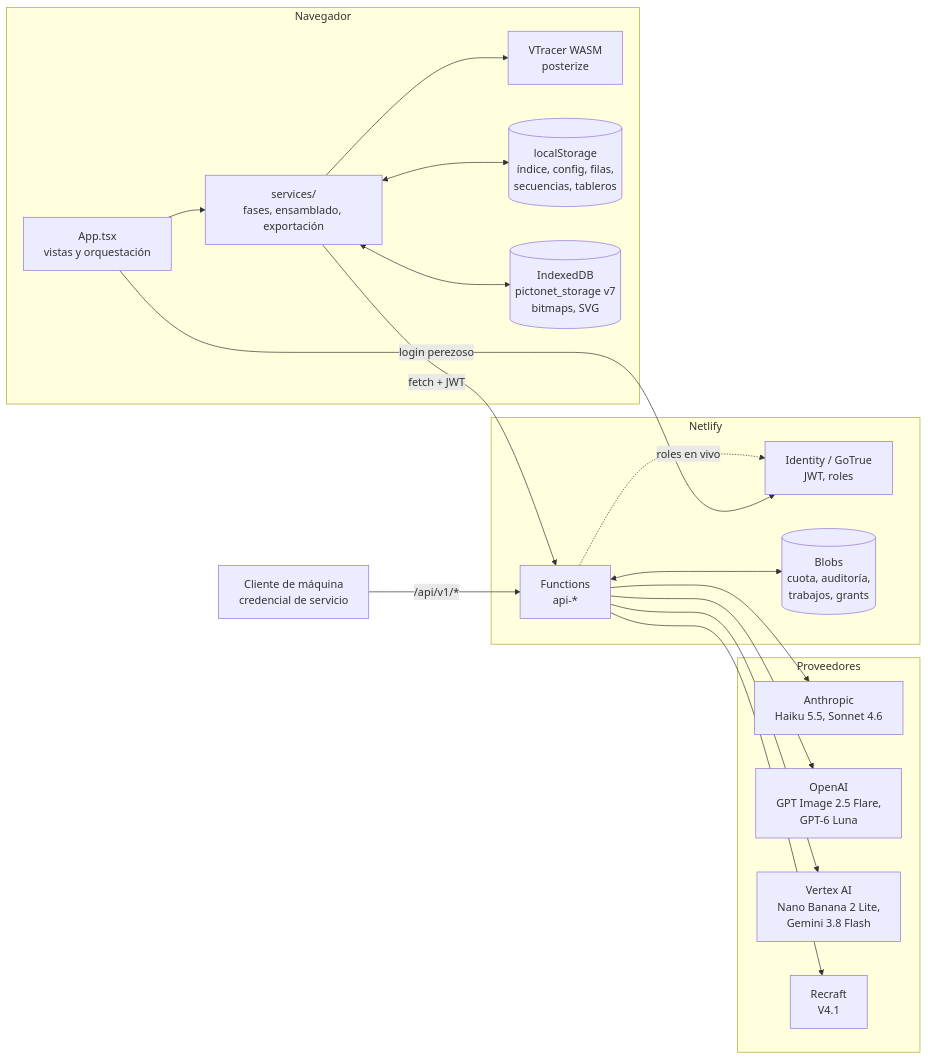
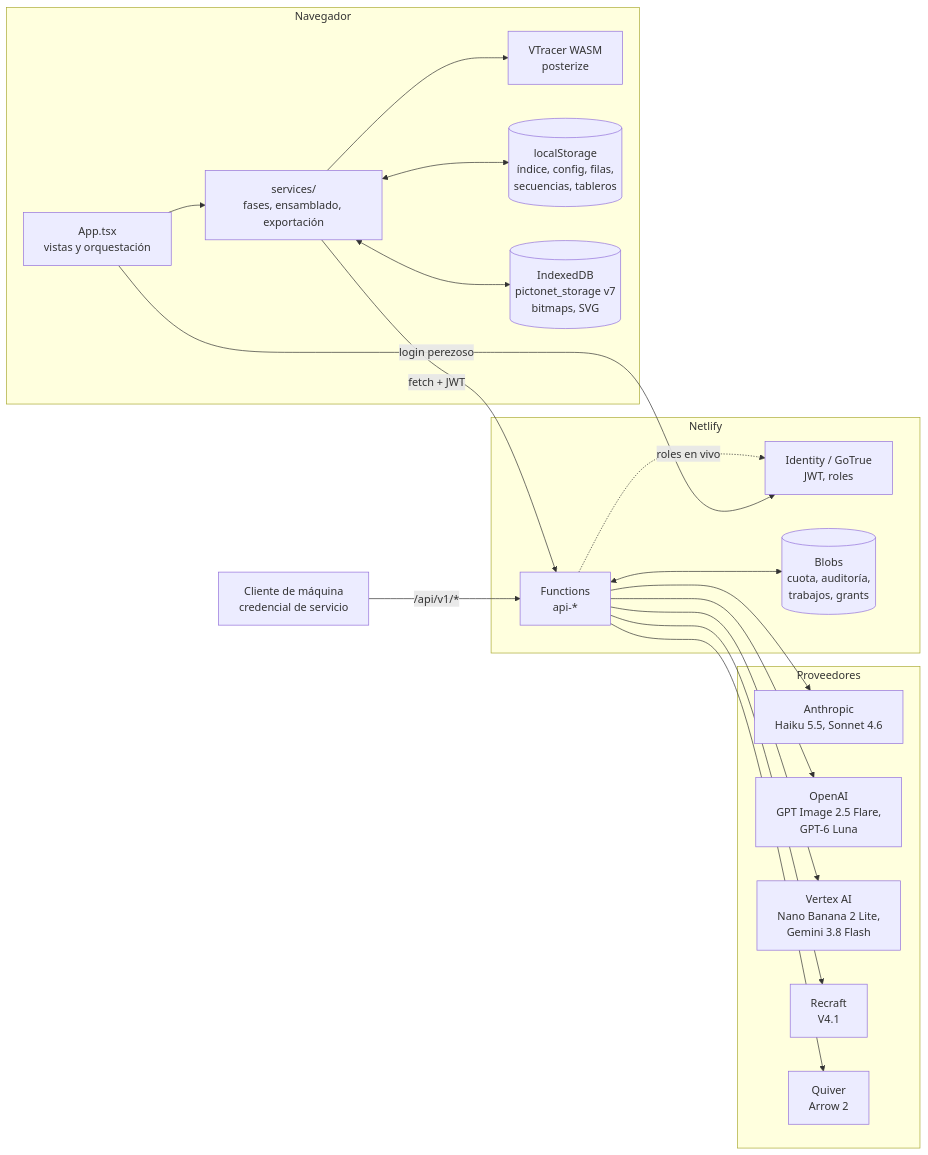
Before and after one commit to hspencer/pictos-net: the second of 12 diagrams in docs/ARCHITECTURE.md, drawn with Mermaid. The commit also changed other lines of this file and 13 other files, not shown here.

````diff
--- a/docs/ARCHITECTURE.md
+++ b/docs/ARCHITECTURE.md
@@ -163,37 +164,39 @@
 ```mermaid
 flowchart LR
     subgraph Browser["Navegador"]
         UI["App.tsx<br>vistas y orquestación"]
         SVC["services/<br>fases, ensamblado, exportación"]
         WASM["VTracer WASM<br>posterize"]
         LS[("localStorage<br>índice, config, filas,<br>secuencias, tableros")]
         IDB[("IndexedDB<br>pictonet_storage v7<br>bitmaps, SVG")]
         UI --> SVC
         SVC --> WASM
         SVC <--> LS
         SVC <--> IDB
     end
 
     subgraph Netlify["Netlify"]
         ID["Identity / GoTrue<br>JWT, roles"]
         FN["Functions<br>api-*"]
         BL[("Blobs<br>cuota, auditoría,<br>trabajos, grants")]
         FN <--> BL
         FN -.->|"roles en vivo"| ID
     end
 
     subgraph Providers["Proveedores"]
         ANT["Anthropic<br>Haiku 5.5, Sonnet 4.6"]
         OAI["OpenAI<br>GPT Image 2.5 Flare,<br>GPT-6 Luna"]
         VTX["Vertex AI<br>Nano Banana 2 Lite,<br>Gemini 3.8 Flash"]
         RCR["Recraft<br>V4.1"]
+        QVR["Quiver<br>Arrow 2"]
     end
 
     UI -->|"login perezoso"| ID
     SVC -->|"fetch + JWT"| FN
     FN --> ANT
     FN --> OAI
     FN --> VTX
     FN --> RCR
+    FN --> QVR
     EXT["Cliente de máquina<br>credencial de servicio"] -->|"/api/v1/*"| FN
 ```
````
